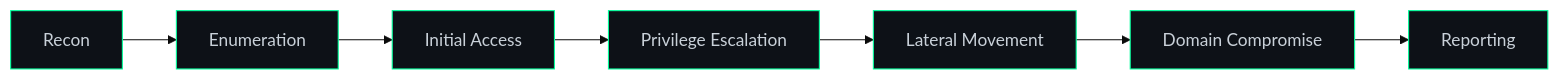
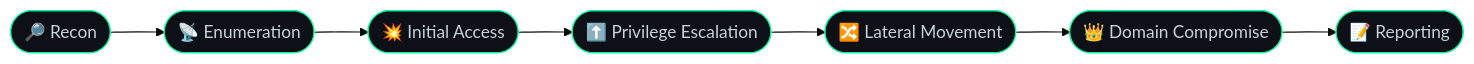
One commit to b4x0rn/b4x0rn changed the first of 2 diagrams in README.md. Above: the diagram before and after it, drawn with Mermaid (base theme). The commit also changed other lines of this file, not shown here.

````diff
--- a/README.md
+++ b/README.md
@@ -34,16 +55,16 @@
 ```mermaid
 flowchart LR
-    A[Recon] --> B[Enumeration]
-    B --> C[Initial Access]
-    C --> D[Privilege Escalation]
-    D --> E[Lateral Movement]
-    E --> F[Domain Compromise]
-    F --> G[Reporting]
+    A([🔎 Recon]) --> B([📡 Enumeration])
+    B --> C([💥 Initial Access])
+    C --> D([⬆️ Privilege Escalation])
+    D --> E([🔀 Lateral Movement])
+    E --> F([👑 Domain Compromise])
+    F --> G([📝 Reporting])
     style A fill:#0d1117,stroke:#00ff9c,color:#c9d1d9
     style B fill:#0d1117,stroke:#00ff9c,color:#c9d1d9
     style C fill:#0d1117,stroke:#00ff9c,color:#c9d1d9
     style D fill:#0d1117,stroke:#00ff9c,color:#c9d1d9
     style E fill:#0d1117,stroke:#00ff9c,color:#c9d1d9
     style F fill:#0d1117,stroke:#00ff9c,color:#c9d1d9
     style G fill:#0d1117,stroke:#00ff9c,color:#c9d1d9
 ```
````
